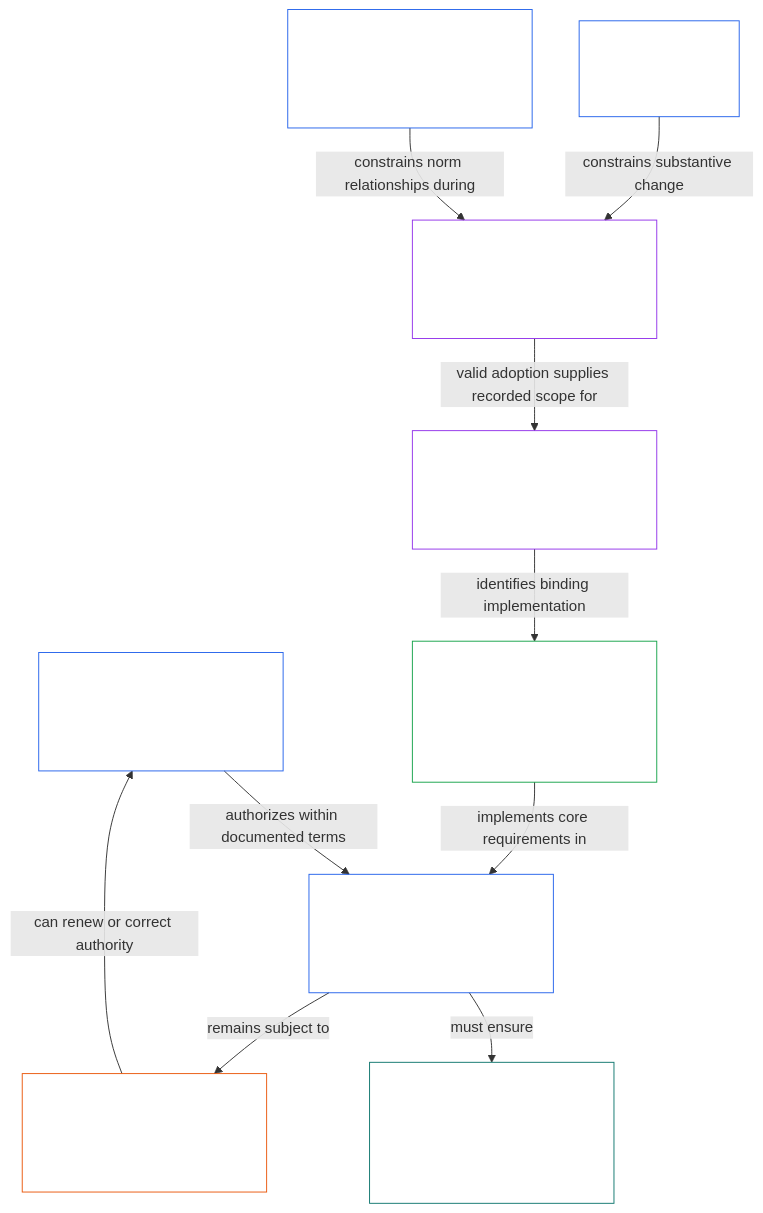
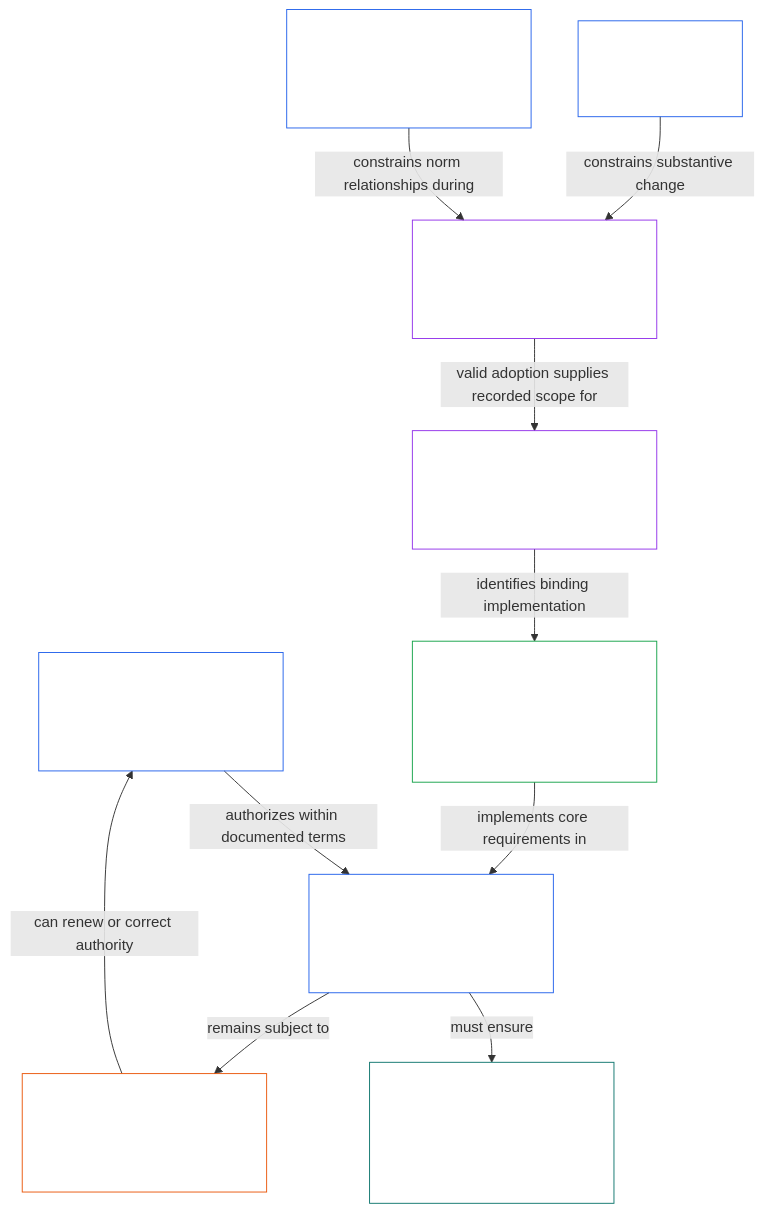
One commit to kfoelsch/Sentient_Constitution changed diagram 21 of 24 in guides/CONCEPTUAL_OVERVIEW.md. Above: the diagram before and after it, drawn with Mermaid. The commit also changed other lines of this file and 461 other files, not shown here.

First line of the commit message:
Chapters Ten to Eighteen renumbered to Eleven to Nineteen (move 172, stage 1 of 3)

````diff
--- a/guides/CONCEPTUAL_OVERVIEW.md
+++ b/guides/CONCEPTUAL_OVERVIEW.md
@@ -1023,30 +1023,30 @@
 ```mermaid
 flowchart TB
-    A["Chapter Fourteen<br/><br/>Documented legitimacy mechanism"]
+    A["Chapter Fifteen<br/><br/>Documented legitimacy mechanism"]
     G["Authorized governing roles<br/><br/>Stated scope, limits and competent stewards"]
     P["Participation inside authorized systems<br/><br/>Voice and challenge paths for affected sentients"]
     R["Contestation, correction<br/><br/>and reauthorization where applicable"]
-    N["Chapter Fifteen<br/><br/>Non-regression"]
-    H["Chapter Sixteen<br/><br/>Supremacy within scope and external-law relations"]
-    U["Chapter Seventeen<br/><br/>Amendment, ratification and adoption procedures"]
-    B["Chapter Eighteen<br/><br/>Incorporation, edition and custody"]
+    N["Chapter Sixteen<br/><br/>Non-regression"]
+    H["Chapter Seventeen<br/><br/>Supremacy within scope and external-law relations"]
+    U["Chapter Eighteen<br/><br/>Amendment, ratification and adoption procedures"]
+    B["Chapter Nineteen<br/><br/>Incorporation, edition and custody"]
     I["Adopted implementation obligations<br/><br/>Systems · Institutions · Forums · Joint structure"]
     A -->|authorizes within documented terms| G
     G -->|must ensure| P
     G -->|remains subject to| R
     R -->|can renew or correct authority| A
     N -->|constrains substantive change| U
     H -->|constrains norm relationships during| U
     U -->|valid adoption supplies recorded scope for| B
     B -->|identifies binding implementation| I
     I -->|implements core requirements in| G
     style A fill:none,stroke:#2563eb,color:#ffffff
     style G fill:none,stroke:#2563eb,color:#ffffff
     style P fill:none,stroke:#0f766e,color:#ffffff
     style R fill:none,stroke:#ea580c,color:#ffffff
     style N fill:none,stroke:#2563eb,color:#ffffff
     style H fill:none,stroke:#2563eb,color:#ffffff
     style U fill:none,stroke:#9333ea,color:#ffffff
     style B fill:none,stroke:#9333ea,color:#ffffff
     style I fill:none,stroke:#16a34a,color:#ffffff
 ```
````
